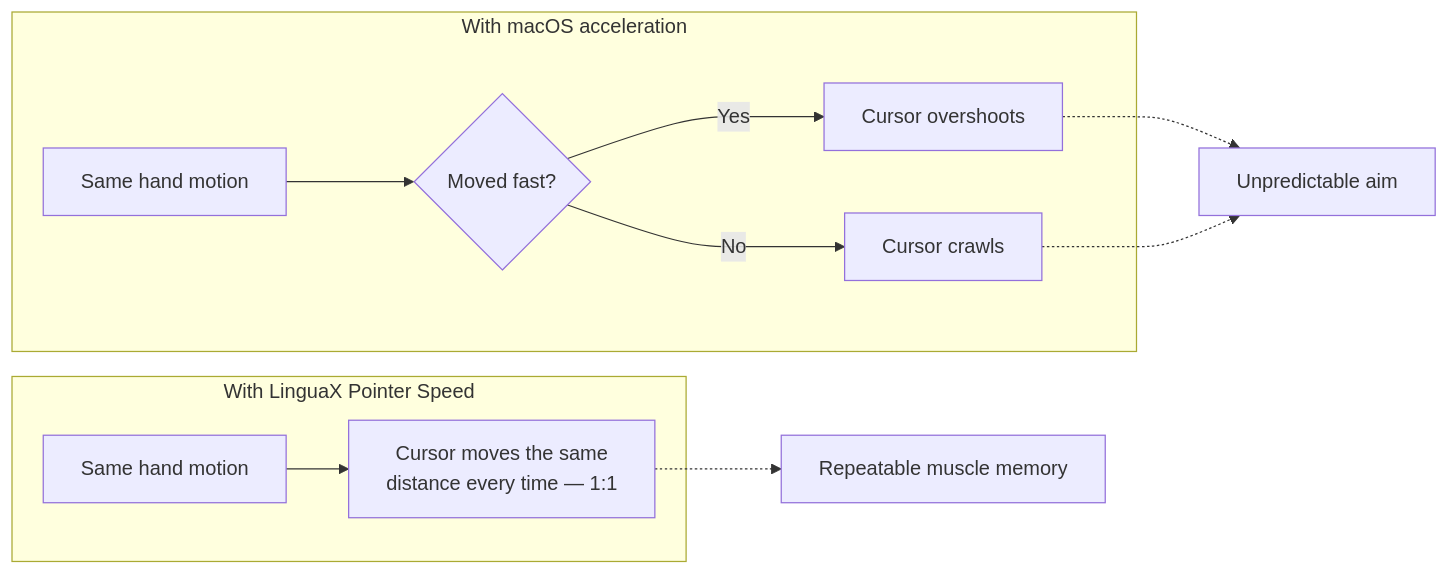
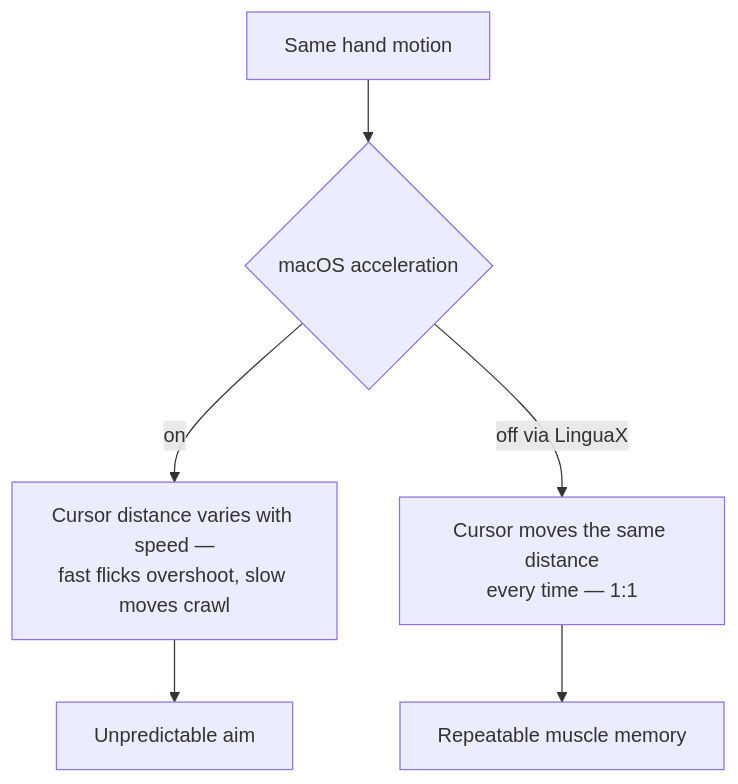
Before and after one commit to xiaopozhu/linguax-web: the diagram in docs/mouse-plus/recipes/disable-mouse-acceleration-mac.md, drawn with Mermaid. The commit also changed 18 other files, not shown here.

First line of the commit message:
docs(polish): fix cramped LR diagrams, redesign model SVGs, full recognition table, navbar links

````diff
--- a/docs/mouse-plus/recipes/disable-mouse-acceleration-mac.md
+++ b/docs/mouse-plus/recipes/disable-mouse-acceleration-mac.md
@@ -46,14 +46,8 @@
 ```mermaid
-flowchart LR
-    subgraph ACC[With macOS acceleration]
-        A1[Same hand motion] --> A2{Moved fast?}
-        A2 -- Yes --> A3[Cursor overshoots]
-        A2 -- No --> A4[Cursor crawls]
-    end
-    subgraph LX[With LinguaX Pointer Speed]
-        B1[Same hand motion] --> B2[Cursor moves the same<br/>distance every time — 1:1]
-    end
-    A3 -.-> R[Unpredictable aim]
-    A4 -.-> R
-    B2 -.-> P[Repeatable muscle memory]
+flowchart TD
+    A[Same hand motion] --> B{macOS acceleration}
+    B -- on --> C[Cursor distance varies with speed —<br/>fast flicks overshoot, slow moves crawl]
+    B -- off via LinguaX --> D[Cursor moves the same distance<br/>every time — 1:1]
+    C --> E[Unpredictable aim]
+    D --> F[Repeatable muscle memory]
 ```
````
